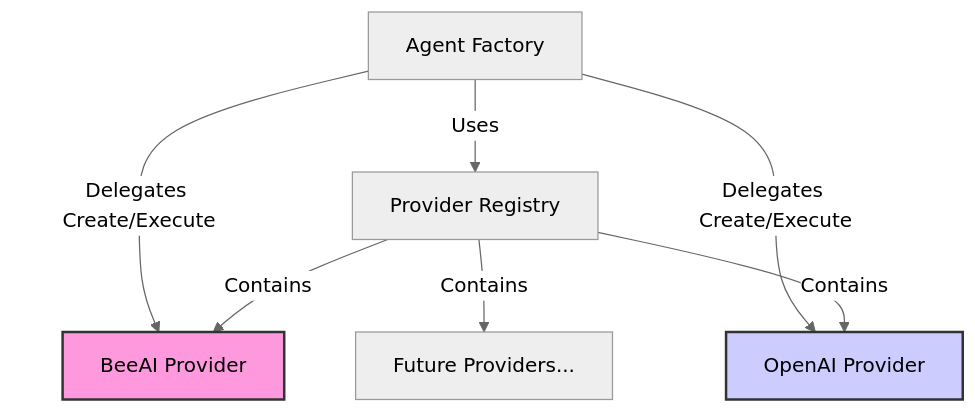
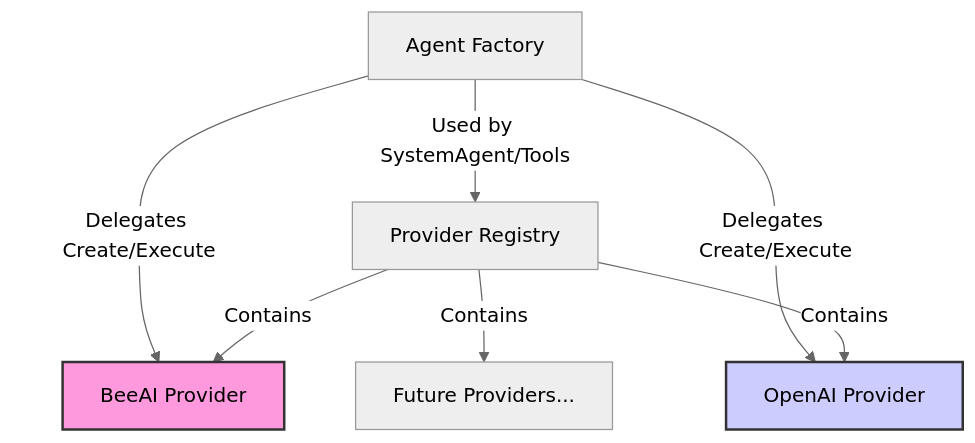
The fourth of 7 diagrams in docs/ARCHITECTURE.md (matiasmolinas/evolving-agents), drawn with Mermaid (neutral theme) before and after one commit. The commit also changed other lines of this file and 6 other files, not shown here.

````diff
--- a/docs/ARCHITECTURE.md
+++ b/docs/ARCHITECTURE.md
@@ -123,13 +145,13 @@
 ```mermaid
 graph TD
-    AF["Agent Factory"] -->|Uses| PR["Provider Registry"]
+    AF["Agent Factory"] -->|Used by SystemAgent/Tools| PR["Provider Registry"]
     PR -->|Contains| BP["BeeAI Provider"]
     PR -->|Contains| OP["OpenAI Provider"]
     PR -->|Contains| FP["Future Providers..."]
 
     AF -->|Delegates Create/Execute| BP
     AF -->|Delegates Create/Execute| OP
 
     style BP fill:#f9d,stroke:#333,stroke-width:2px
     style OP fill:#ccf,stroke:#333,stroke-width:2px
 ```
````
